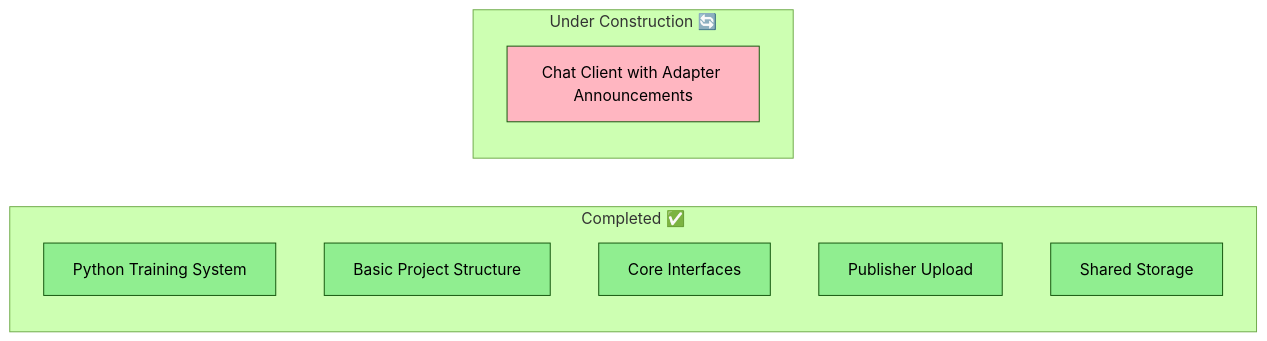
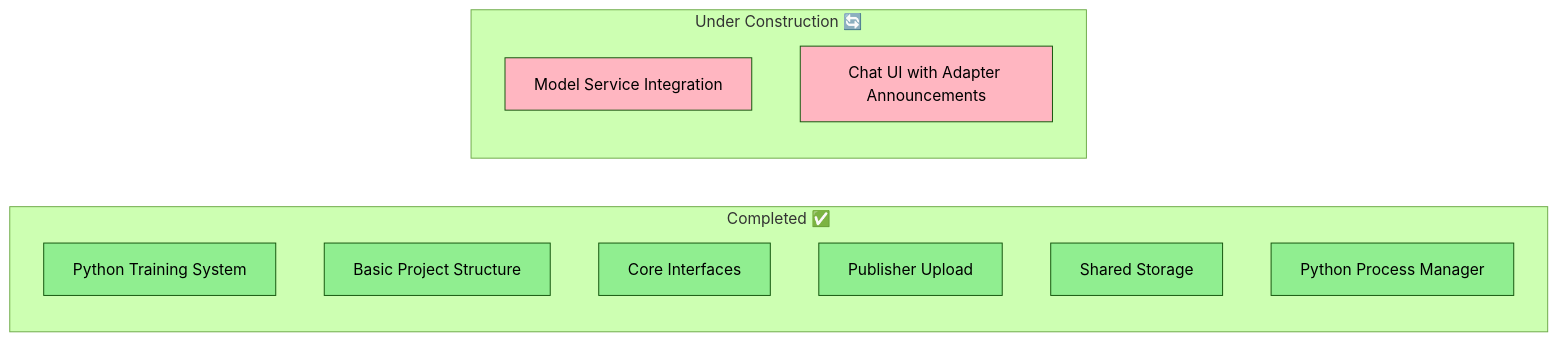
The third of 7 diagrams in STORY.md (gsinghjay/LLMAdapterClient), drawn with Mermaid (forest theme) before and after one commit. The commit also changed other lines of this file, not shown here.

Commit message:
docs(story): update project narrative to include Python Process Manager

````diff
--- a/STORY.md
+++ b/STORY.md
@@ -86,21 +100,25 @@
 ```mermaid
 graph LR
     subgraph "Completed ✅"
         A[Python Training System]
         B[Basic Project Structure]
         C[Core Interfaces]
         D[Publisher Upload]
         E[Shared Storage]
+        F[Python Process Manager]
     end
     
     subgraph "Under Construction 🔄"
-        F[Chat Client with Adapter Announcements]
+        G[Model Service Integration]
+        H[Chat UI with Adapter Announcements]
     end
     
     style A fill:#90EE90
     style B fill:#90EE90
     style C fill:#90EE90
     style D fill:#90EE90
     style E fill:#90EE90
-    style F fill:#FFB6C1
+    style F fill:#90EE90
+    style G fill:#FFB6C1
+    style H fill:#FFB6C1
 ```
````
